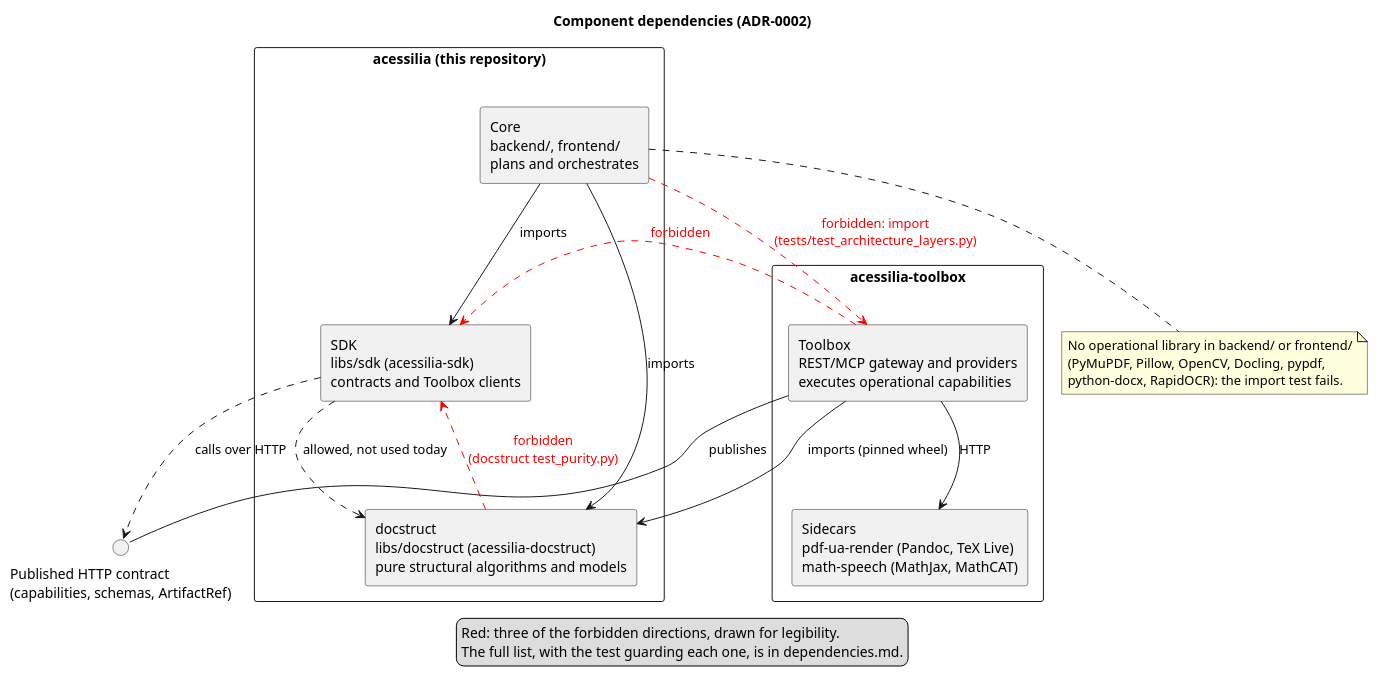
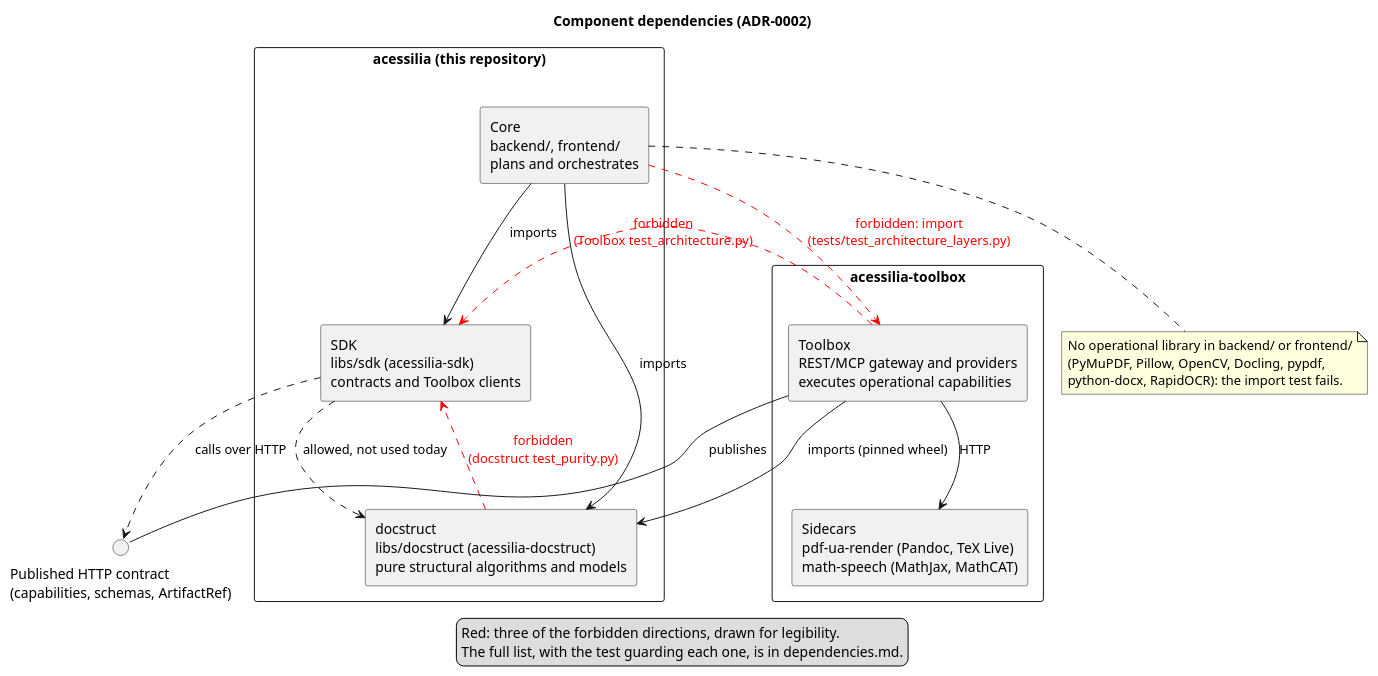
One commit to A11yDevs/acessilia changed the diagram in docs/architecture/dependencies.puml. Above: the diagram before and after it, drawn with PlantUML. The commit also changed 4 other files, not shown here.

First line of the commit message:
test: docstruct is stdlib-only, the SDK stays within httpx and docstruct

```diff
--- a/docs/architecture/dependencies.puml
+++ b/docs/architecture/dependencies.puml
@@ -1,43 +1,43 @@
 @startuml dependencies
 skinparam componentStyle rectangle
 skinparam shadowing false
 skinparam packageStyle rectangle
 
 title Component dependencies (ADR-0002)
 
 package "acessilia (this repository)" {
   component "Core\nbackend/, frontend/\nplans and orchestrates" as Core
   component "SDK\nlibs/sdk (acessilia-sdk)\ncontracts and Toolbox clients" as SDK
   component "docstruct\nlibs/docstruct (acessilia-docstruct)\npure structural algorithms and models" as Docstruct
 }
 
 package "acessilia-toolbox" {
   component "Toolbox\nREST/MCP gateway and providers\nexecutes operational capabilities" as Toolbox
   component "Sidecars\npdf-ua-render (Pandoc, TeX Live)\nmath-speech (MathJax, MathCAT)" as Sidecars
 }
 
 interface "Published HTTP contract\n(capabilities, schemas, ArtifactRef)" as Contract
 
 Core --> SDK : imports
 Core --> Docstruct : imports
 SDK ..> Docstruct : allowed, not used today
 SDK ..> Contract : calls over HTTP
 Toolbox -- Contract : publishes
 Toolbox --> Docstruct : imports (pinned wheel)
 Toolbox --> Sidecars : HTTP
 
 Core -[#red,dashed]-> Toolbox : <color:red>forbidden: import\n<color:red>(tests/test_architecture_layers.py)
 Docstruct -[#red,dashed]-> SDK : <color:red>forbidden\n<color:red>(docstruct test_purity.py)
-Toolbox -[#red,dashed]-> SDK : <color:red>forbidden
+Toolbox -[#red,dashed]-> SDK : <color:red>forbidden\n<color:red>(Toolbox test_architecture.py)
 
 note bottom of Core
   No operational library in backend/ or frontend/
   (PyMuPDF, Pillow, OpenCV, Docling, pypdf,
   python-docx, RapidOCR): the import test fails.
 end note
 
 legend bottom
   Red: three of the forbidden directions, drawn for legibility.
   The full list, with the test guarding each one, is in dependencies.md.
 endlegend
 @enduml
```
